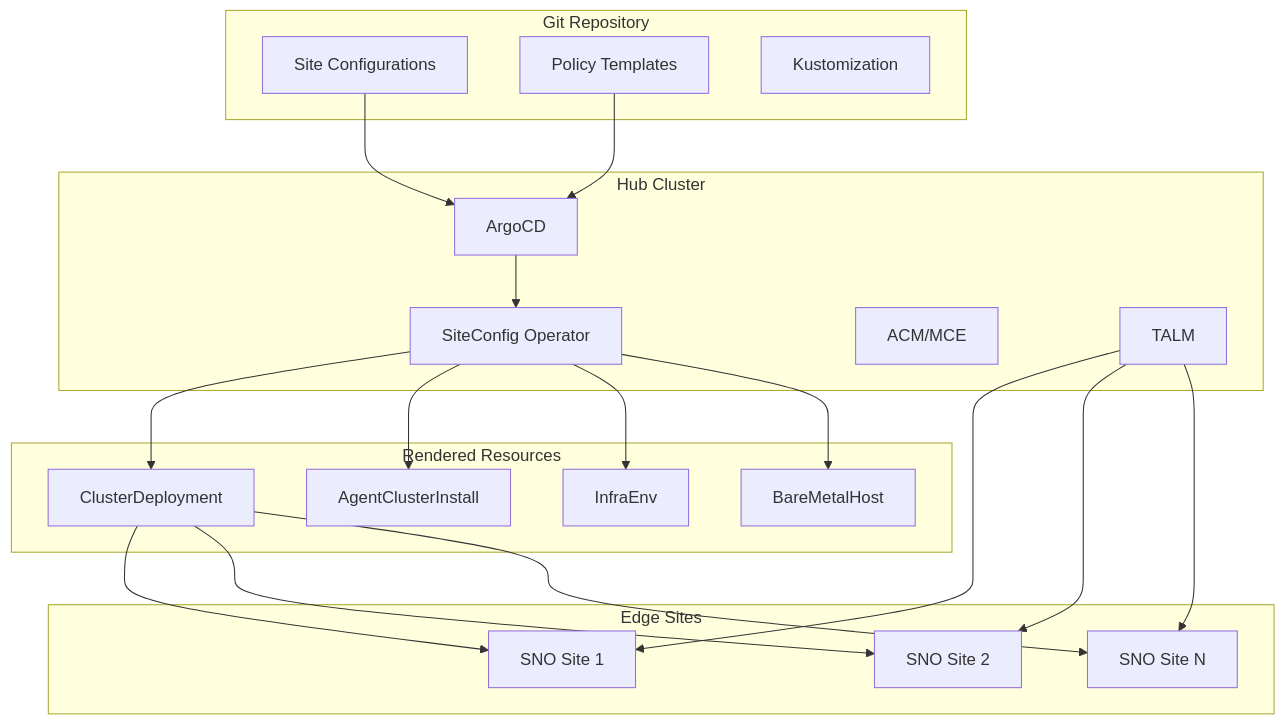
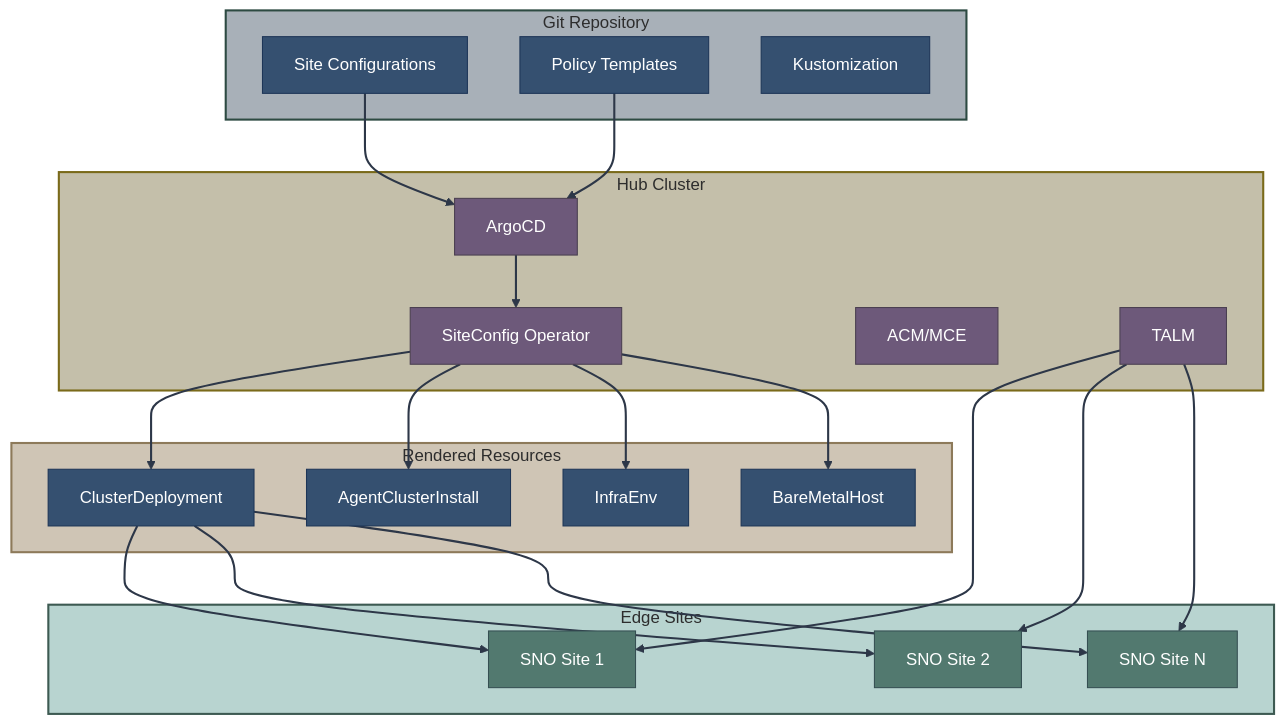
The first of 2 diagrams in 06-gitops-provisioning/ztp.md (zszabo-rh/openshift-install-guide), drawn with Mermaid before and after one commit. The commit also changed other lines of this file and 16 other files, not shown here.

Commit message:
improved diagram style

````diff
--- a/06-gitops-provisioning/ztp.md
+++ b/06-gitops-provisioning/ztp.md
@@ -9,44 +9,66 @@
 ```mermaid
 graph TB
-    subgraph "Git Repository"
+    subgraph git["Git Repository"]
         SITE_CONFIGS[Site Configurations]
         POLICIES[Policy Templates]
         KUSTOMIZE[Kustomization]
     end
     
-    subgraph "Hub Cluster"
+    subgraph hub["Hub Cluster"]
         ARGOCD[ArgoCD]
         SITECONFIG[SiteConfig Operator]
         ACM[ACM/MCE]
         TALM[TALM]
     end
     
-    subgraph "Rendered Resources"
+    subgraph rendered["Rendered Resources"]
         CD[ClusterDeployment]
         ACI[AgentClusterInstall]
         IE[InfraEnv]
         BMH[BareMetalHost]
     end
     
-    subgraph "Edge Sites"
+    subgraph edge["Edge Sites"]
         SNO1[SNO Site 1]
         SNO2[SNO Site 2]
         SNON[SNO Site N]
     end
     
     SITE_CONFIGS --> ARGOCD
     POLICIES --> ARGOCD
     ARGOCD --> SITECONFIG
     SITECONFIG --> CD
     SITECONFIG --> ACI
     SITECONFIG --> IE
     SITECONFIG --> BMH
     
     CD --> SNO1
     CD --> SNO2
     CD --> SNON
     
     TALM --> SNO1
     TALM --> SNO2
     TALM --> SNON
+    
+    style SITE_CONFIGS fill:#355070,stroke:#1d3557,color:#fff
+    style POLICIES fill:#355070,stroke:#1d3557,color:#fff
+    style KUSTOMIZE fill:#355070,stroke:#1d3557,color:#fff
+    style ARGOCD fill:#6d597a,stroke:#4a3f50,color:#fff
+    style SITECONFIG fill:#6d597a,stroke:#4a3f50,color:#fff
+    style ACM fill:#6d597a,stroke:#4a3f50,color:#fff
+    style TALM fill:#6d597a,stroke:#4a3f50,color:#fff
+    style CD fill:#355070,stroke:#1d3557,color:#fff
+    style ACI fill:#355070,stroke:#1d3557,color:#fff
+    style IE fill:#355070,stroke:#1d3557,color:#fff
+    style BMH fill:#355070,stroke:#1d3557,color:#fff
+    style SNO1 fill:#52796f,stroke:#354f52,color:#fff
+    style SNO2 fill:#52796f,stroke:#354f52,color:#fff
+    style SNON fill:#52796f,stroke:#354f52,color:#fff
+    
+    style git fill:#a8b0b8,stroke:#2d4a42,stroke-width:2px,color:#2d2d2d
+    style hub fill:#c4bfaa,stroke:#7a6a1a,stroke-width:2px,color:#2d2d2d
+    style rendered fill:#cfc5b5,stroke:#8d7a5a,stroke-width:2px,color:#2d2d2d
+    style edge fill:#b8d4d0,stroke:#3d5a52,stroke-width:2px,color:#2d2d2d
+    
+    linkStyle default stroke:#2d3748,stroke-width:2px
 ```
````
